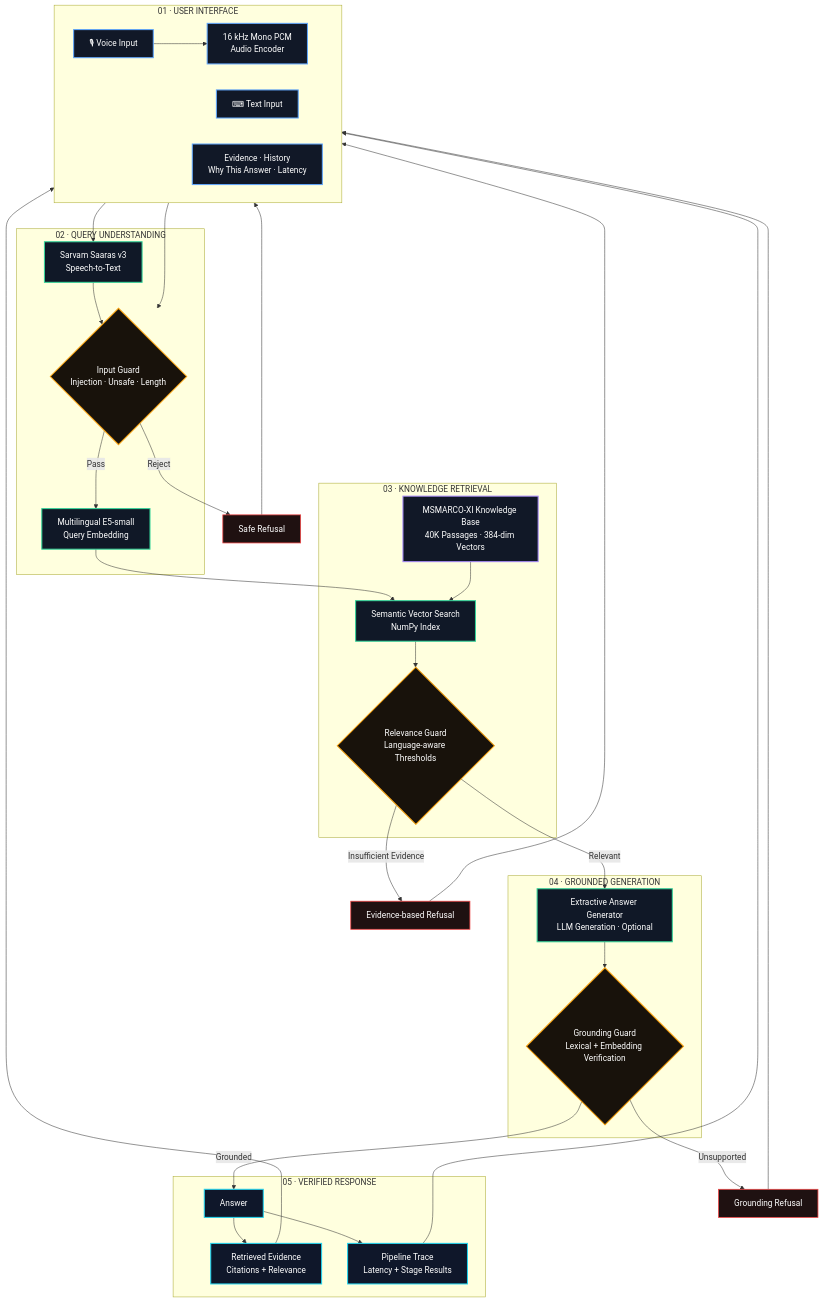
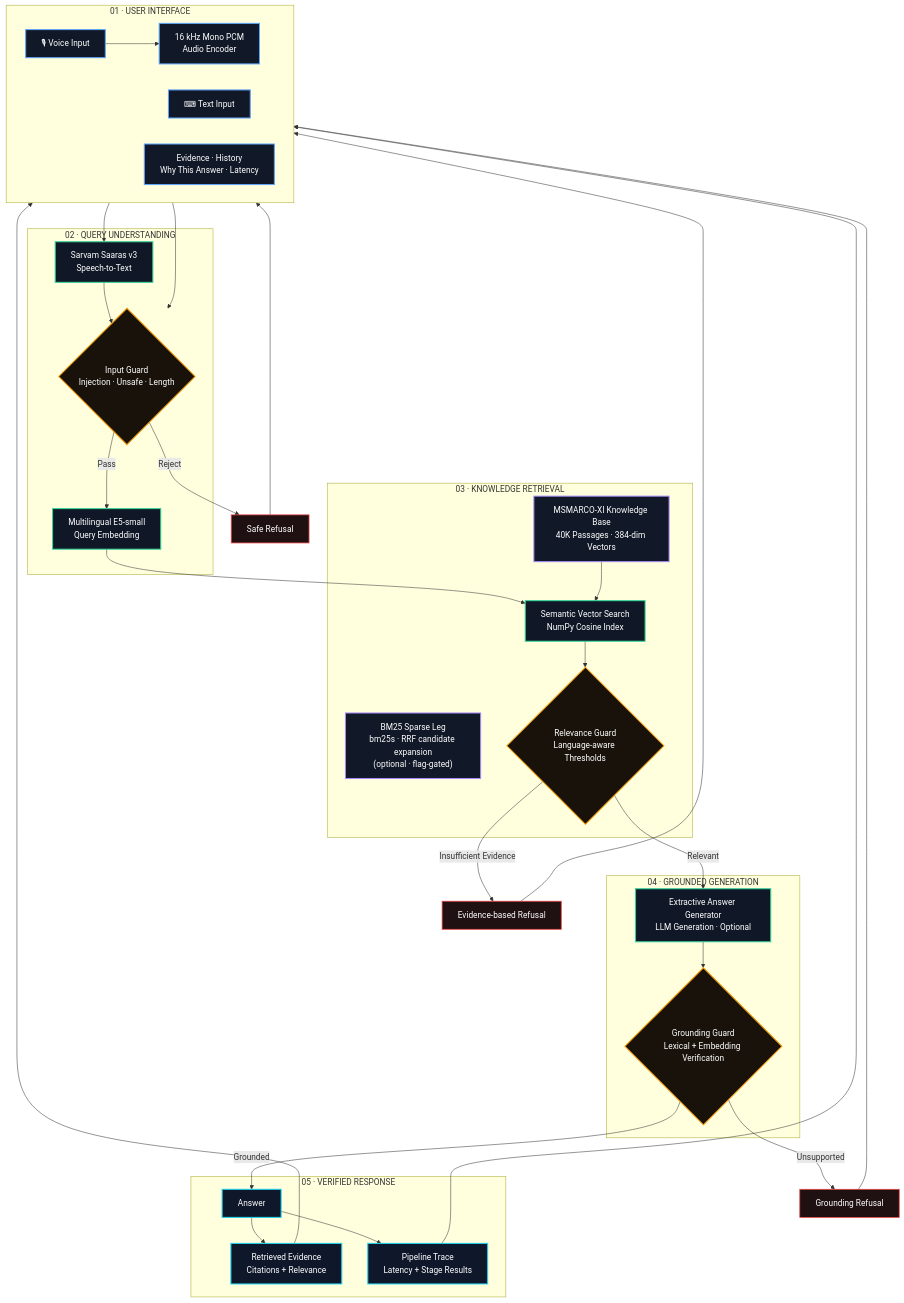
The diagram in README.md (The-Infernix/VOICE-RAG), drawn with Mermaid before and after one commit. The commit also changed other lines of this file and 34 other files, not shown here.

Commit message:
Add hybrid BM25+RRF retrieval (flag-off default), deadline telemetry, strict LLM citation contract, tech-panel sections; gold-label eval shows parity; Dockerfile; 178 tests passing

````diff
--- a/README.md
+++ b/README.md
@@ -94,7 +96,8 @@
     %% =========================
     subgraph RETRIEVAL["03 · KNOWLEDGE RETRIEVAL"]
         VS["MSMARCO-XI Knowledge Base<br/>40K Passages · 384-dim Vectors"]
-        SEARCH["Semantic Vector Search<br/>NumPy Index"]
+        SEARCH["Semantic Vector Search<br/>NumPy Cosine Index"]
+        BM25["BM25 Sparse Leg<br/>bm25s · RRF candidate expansion<br/>(optional · flag-gated)"]
         RG{"Relevance Guard<br/>Language-aware Thresholds"}
     end
 
@@ -165,7 +168,7 @@
     class MIC,TXT,WAV,UI client
     class STT,EMB,GEN,SEARCH process
     class IG,RG,GG guard
-    class VS knowledge
+    class VS,BM25 knowledge
     class ANS,EVID,TRACE output
     class REF1,REF2,REF3 refusal
 ```
````
